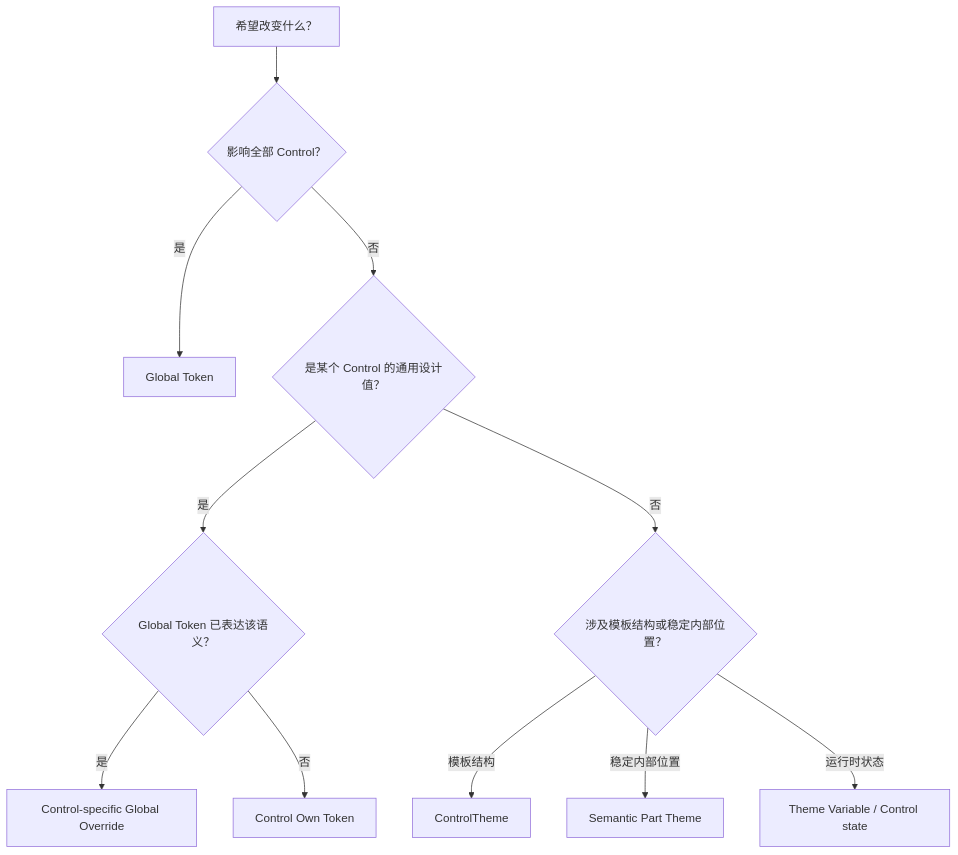
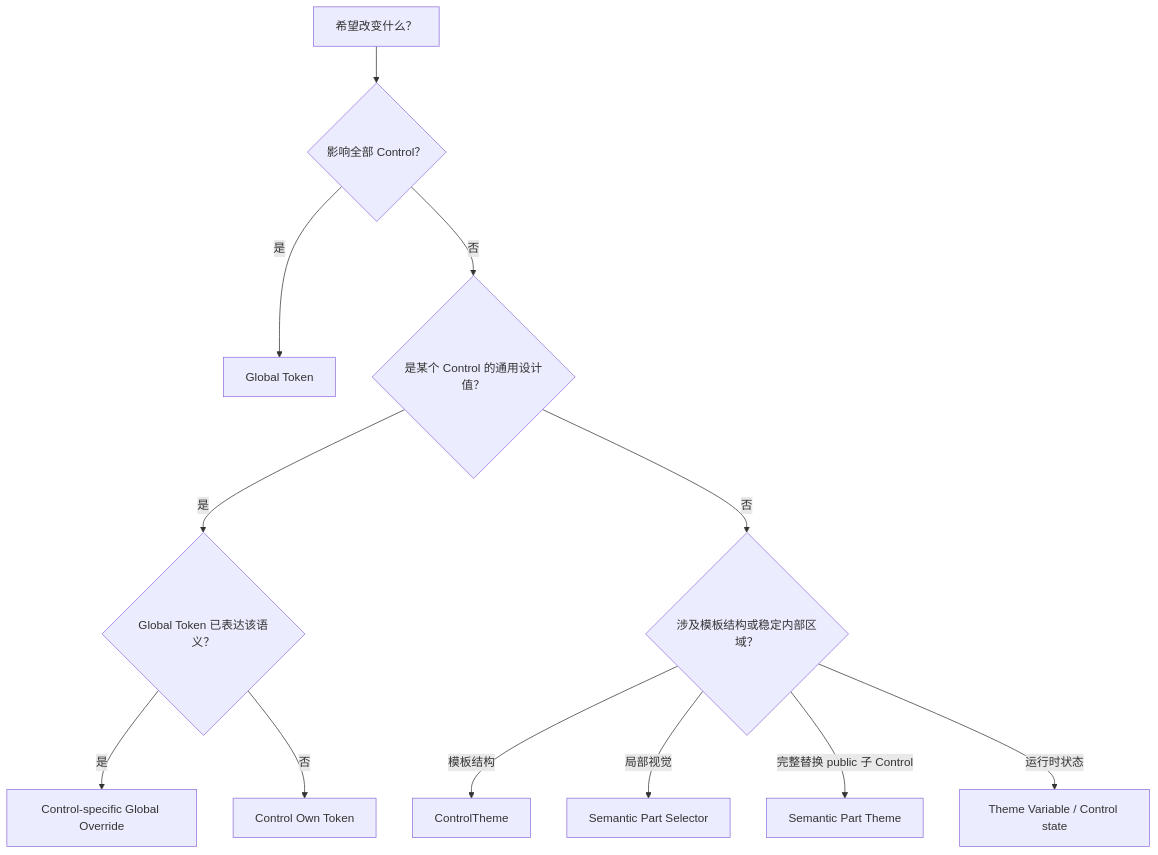
One commit to chinware/AtomUI changed the second of 3 diagrams in docs/modules/core/theme-architecture-and-customization.md. Above: the diagram before and after it, drawn with Mermaid. The commit also changed other lines of this file and 11 other files, not shown here.

Commit message:
docs(Core): define Semantic Part architecture and generator contract

````diff
--- a/docs/modules/core/theme-architecture-and-customization.md
+++ b/docs/modules/core/theme-architecture-and-customization.md
@@ -274,13 +276,14 @@
 ```mermaid
 flowchart TD
     Start["希望改变什么？"] --> Global{"影响全部 Control？"}
     Global -->|是| GlobalToken["Global Token"]
     Global -->|否| SameControl{"是某个 Control 的通用设计值？"}
     SameControl -->|是| Existing{"Global Token 已表达该语义？"}
     Existing -->|是| ScopedGlobal["Control-specific Global Override"]
     Existing -->|否| Own["Control Own Token"]
-    SameControl -->|否| Structure{"涉及模板结构或稳定内部位置？"}
+    SameControl -->|否| Structure{"涉及模板结构或稳定内部区域？"}
     Structure -->|模板结构| Theme["ControlTheme"]
-    Structure -->|稳定内部位置| Part["Semantic Part Theme"]
+    Structure -->|局部视觉| Part["Semantic Part Selector"]
+    Structure -->|完整替换 public 子 Control| PartTheme["Semantic Part Theme"]
     Structure -->|运行时状态| Variable["Theme Variable / Control state"]
 ```
````
